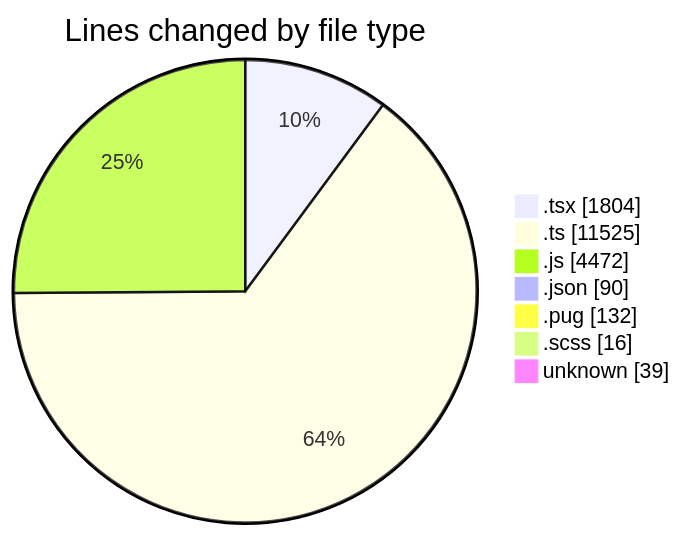
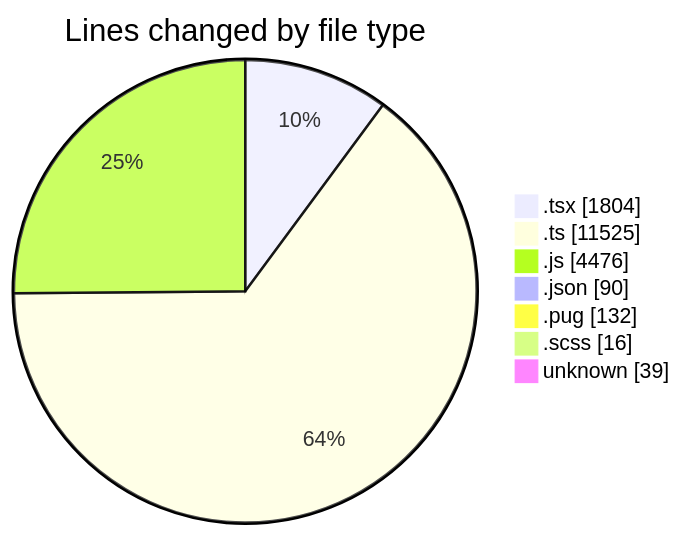
Before and after one commit to momahboobian/code-tracking: the first of 2 diagrams in 2025-03-24/cda/README.md, drawn with Mermaid. The commit also changed other lines of this file and 1 other file, not shown here.

````diff
--- a/2025-03-24/cda/README.md
+++ b/2025-03-24/cda/README.md
@@ -42,11 +42,11 @@
 ```mermaid
 pie showData
 title Lines changed by file type
 ".tsx" : 1804
 ".ts" : 11525
-".js" : 4472
+".js" : 4476
 ".json" : 90
 ".pug" : 132
 ".scss" : 16
 "unknown" : 39
 ```
````
